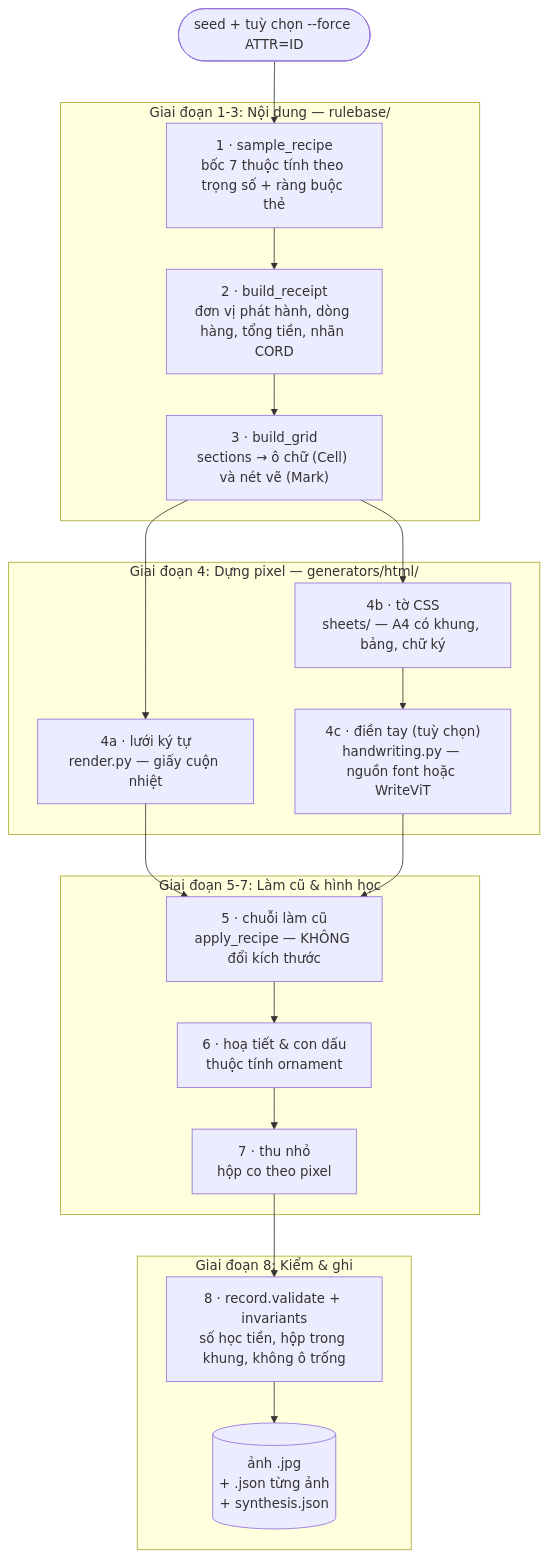
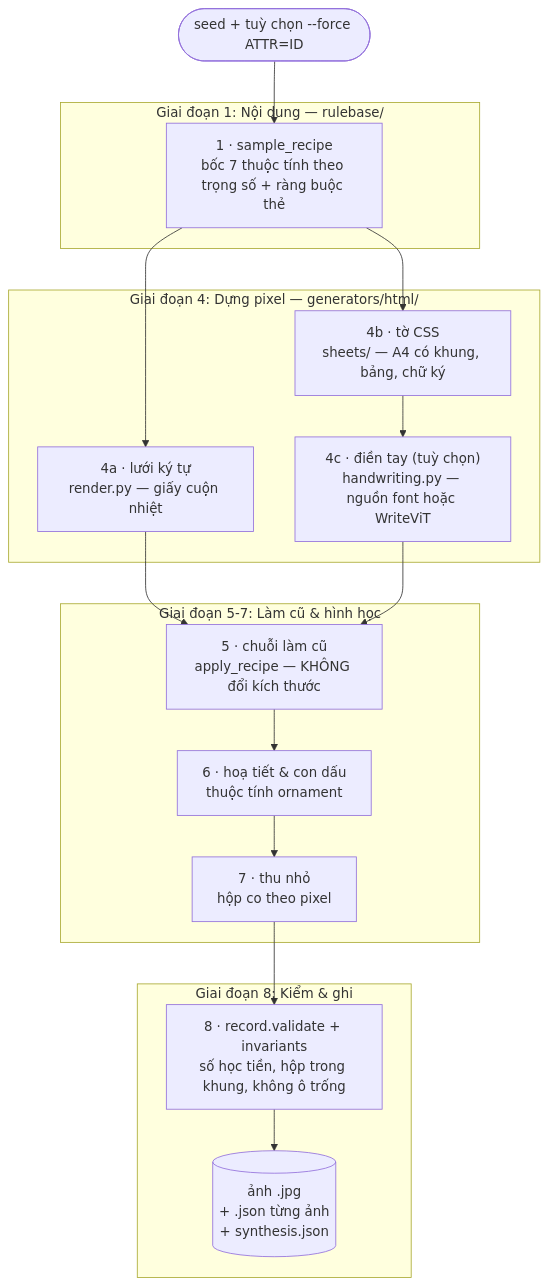
One commit to LinhPhuong14/vlm-ocr-synthetic changed the first of 5 diagrams in README.md. Above: the diagram before and after it, drawn with Mermaid. The commit also changed other lines of this file, not shown here.

First line of the commit message:
docs: the pipeline diagram draws stage 1 only, not the whole content group

````diff
--- a/README.md
+++ b/README.md
@@ -67,28 +72,26 @@
 ```mermaid
 flowchart TD
     seed(["seed + tuỳ chọn --force ATTR=ID"]) --> A
 
-    subgraph S1 ["Giai đoạn 1-3: Nội dung — rulebase/"]
+    subgraph S1 ["Giai đoạn 1: Nội dung — rulebase/"]
         A["1 · sample_recipe<br/>bốc 7 thuộc tính theo trọng số + ràng buộc thẻ"]
-        A --> B["2 · build_receipt<br/>đơn vị phát hành, dòng hàng, tổng tiền, nhãn CORD"]
-        B --> C["3 · build_grid<br/>sections → ô chữ (Cell) và nét vẽ (Mark)"]
     end
 
     subgraph S2 ["Giai đoạn 4: Dựng pixel — generators/html/"]
-        C --> D1["4a · lưới ký tự<br/>render.py — giấy cuộn nhiệt"]
-        C --> D2["4b · tờ CSS<br/>sheets/ — A4 có khung, bảng, chữ ký"]
+        A --> D1["4a · lưới ký tự<br/>render.py — giấy cuộn nhiệt"]
+        A --> D2["4b · tờ CSS<br/>sheets/ — A4 có khung, bảng, chữ ký"]
         D2 --> D3["4c · điền tay (tuỳ chọn)<br/>handwriting.py — nguồn font hoặc WriteViT"]
     end
 
     subgraph S3 ["Giai đoạn 5-7: Làm cũ & hình học"]
         D1 --> E["5 · chuỗi làm cũ<br/>apply_recipe — KHÔNG đổi kích thước"]
         D3 --> E
         E --> F["6 · hoạ tiết & con dấu<br/>thuộc tính ornament"]
         F --> G["7 · thu nhỏ<br/>hộp co theo pixel"]
     end
 
     subgraph S4 ["Giai đoạn 8: Kiểm & ghi"]
         G --> H["8 · record.validate + invariants<br/>số học tiền, hộp trong khung, không ô trống"]
         H --> O[("ảnh .jpg<br/>+ .json từng ảnh<br/>+ synthesis.json")]
     end
 ```
````
